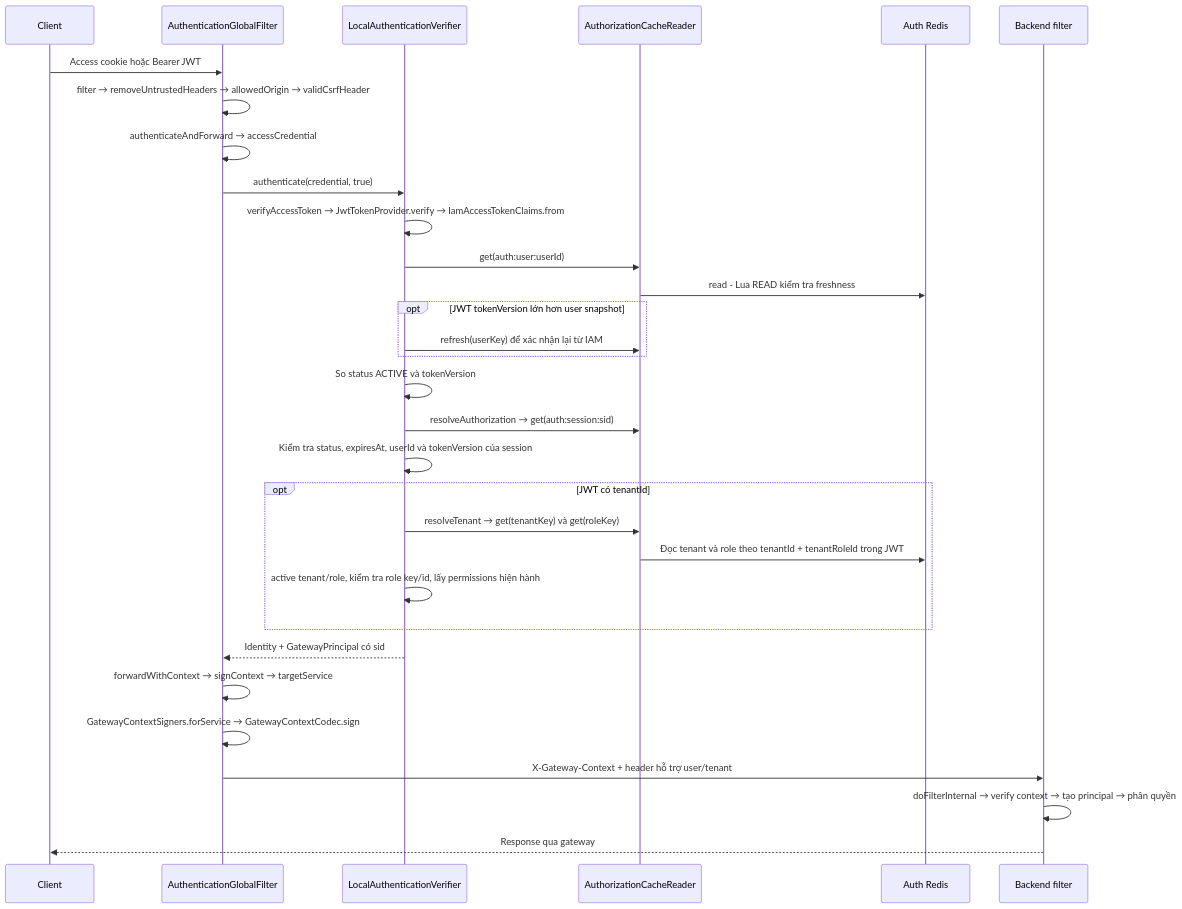
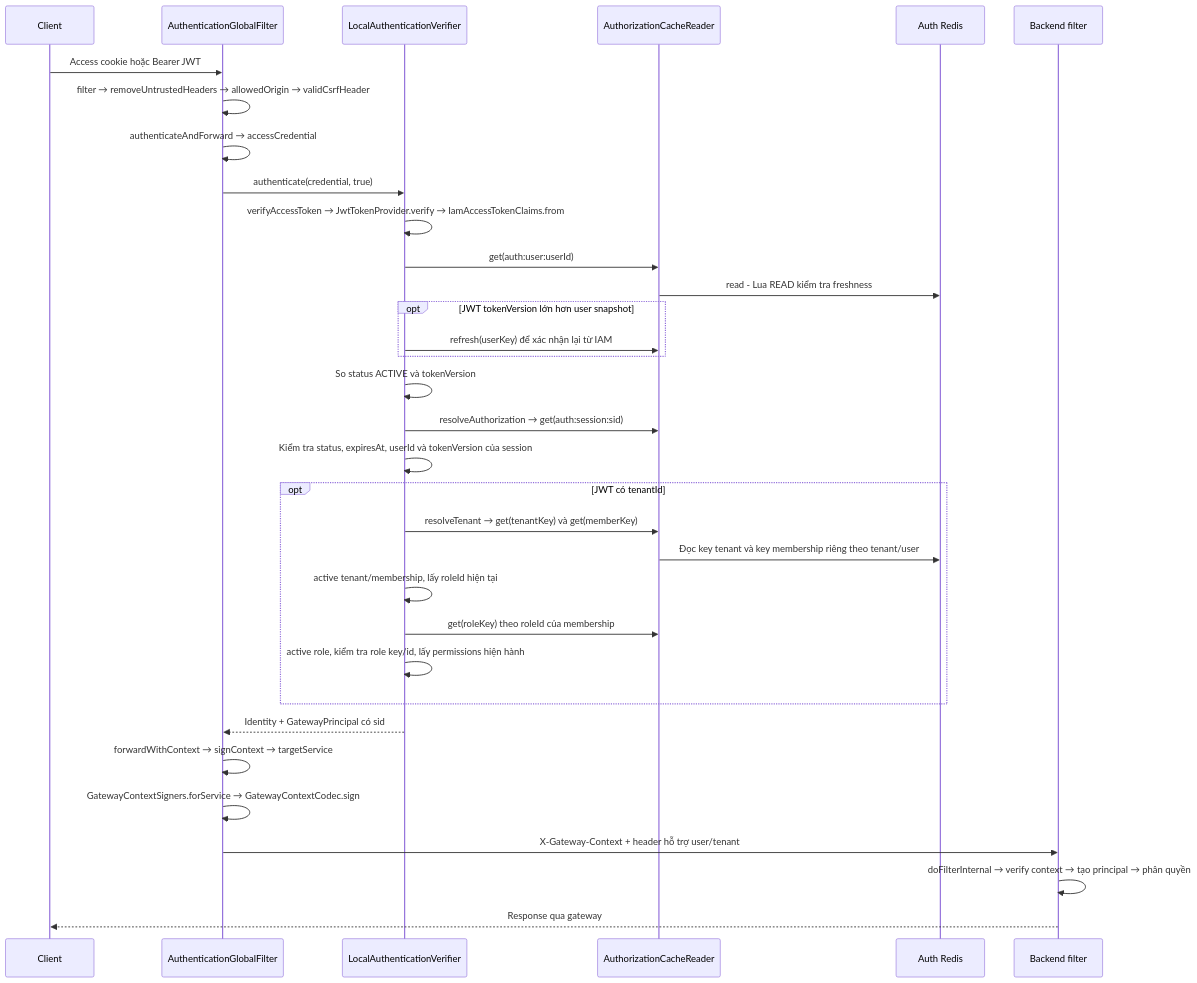
The ninth of 13 diagrams in docs/core-architecture/database-and-auth-flow.md (NDQuynh259/vishop-platform), drawn with Mermaid before and after one commit. The commit also changed other lines of this file and 33 other files, not shown here.

First line of the commit message:
feat: Implement tenant-scoped membership authorization and cache delivery

````diff
--- a/docs/core-architecture/database-and-auth-flow.md
+++ b/docs/core-architecture/database-and-auth-flow.md
@@ -418,33 +418,35 @@
 ```mermaid
 sequenceDiagram
     participant C as Client
     participant G as AuthenticationGlobalFilter
     participant V as LocalAuthenticationVerifier
     participant R as AuthorizationCacheReader
     participant Cache as Auth Redis
     participant B as Backend filter
     C->>G: Access cookie hoặc Bearer JWT
     G->>G: filter → removeUntrustedHeaders → allowedOrigin → validCsrfHeader
     G->>G: authenticateAndForward → accessCredential
     G->>V: authenticate(credential, true)
     V->>V: verifyAccessToken → JwtTokenProvider.verify → IamAccessTokenClaims.from
     V->>R: get(auth:user:userId)
     R->>Cache: read - Lua READ kiểm tra freshness
     opt JWT tokenVersion lớn hơn user snapshot
         V->>R: refresh(userKey) để xác nhận lại từ IAM
     end
     V->>V: So status ACTIVE và tokenVersion
     V->>R: resolveAuthorization → get(auth:session:sid)
     V->>V: Kiểm tra status, expiresAt, userId và tokenVersion của session
     opt JWT có tenantId
-        V->>R: resolveTenant → get(tenantKey) và get(roleKey)
-        R->>Cache: Đọc tenant và role theo tenantId + tenantRoleId trong JWT
-        V->>V: active tenant/role, kiểm tra role key/id, lấy permissions hiện hành
+        V->>R: resolveTenant → get(tenantKey) và get(memberKey)
+        R->>Cache: Đọc key tenant và key membership riêng theo tenant/user
+        V->>V: active tenant/membership, lấy roleId hiện tại
+        V->>R: get(roleKey) theo roleId của membership
+        V->>V: active role, kiểm tra role key/id, lấy permissions hiện hành
     end
     V-->>G: Identity + GatewayPrincipal có sid
     G->>G: forwardWithContext → signContext → targetService
     G->>G: GatewayContextSigners.forService → GatewayContextCodec.sign
     G->>B: X-Gateway-Context + header hỗ trợ user/tenant
     B->>B: doFilterInternal → verify context → tạo principal → phân quyền
     B-->>C: Response qua gateway
 ```
````
